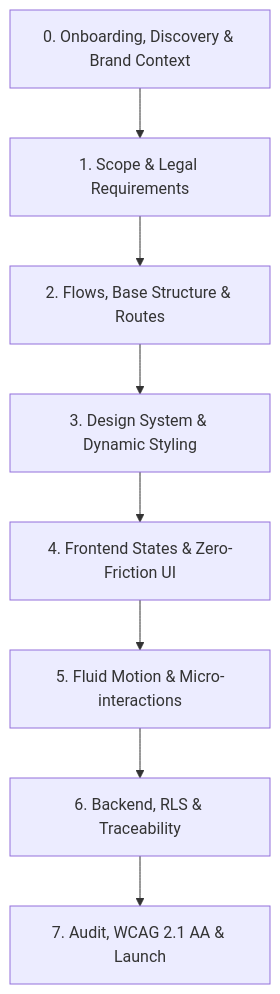
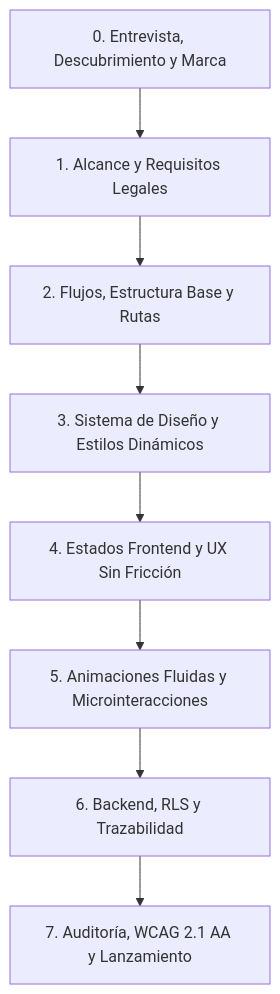
One commit to santiagoes2009-pixel/agentic-web-framework changed the diagram in AGENTS.md. Above: the diagram before and after it, drawn with Mermaid. The commit also changed other lines of this file and 1 other file, not shown here.

````diff
--- a/AGENTS.md
+++ b/AGENTS.md
@@ -71,10 +71,10 @@
 ```mermaid
 flowchart TD
-    A["0. Onboarding, Discovery & Brand Context"] --> B["1. Scope & Legal Requirements"]
-    B --> C["2. Flows, Base Structure & Routes"]
-    C --> D["3. Design System & Dynamic Styling"]
-    D --> E["4. Frontend States & Zero-Friction UI"]
-    E --> F["5. Fluid Motion & Micro-interactions"]
-    F --> G["6. Backend, RLS & Traceability"]
-    G --> H["7. Audit, WCAG 2.1 AA & Launch"]
+    A["0. Entrevista, Descubrimiento y Marca"] --> B["1. Alcance y Requisitos Legales"]
+    B --> C["2. Flujos, Estructura Base y Rutas"]
+    C --> D["3. Sistema de Diseño y Estilos Dinámicos"]
+    D --> E["4. Estados Frontend y UX Sin Fricción"]
+    E --> F["5. Animaciones Fluidas y Microinteracciones"]
+    F --> G["6. Backend, RLS y Trazabilidad"]
+    G --> H["7. Auditoría, WCAG 2.1 AA y Lanzamiento"]
 ```
````
